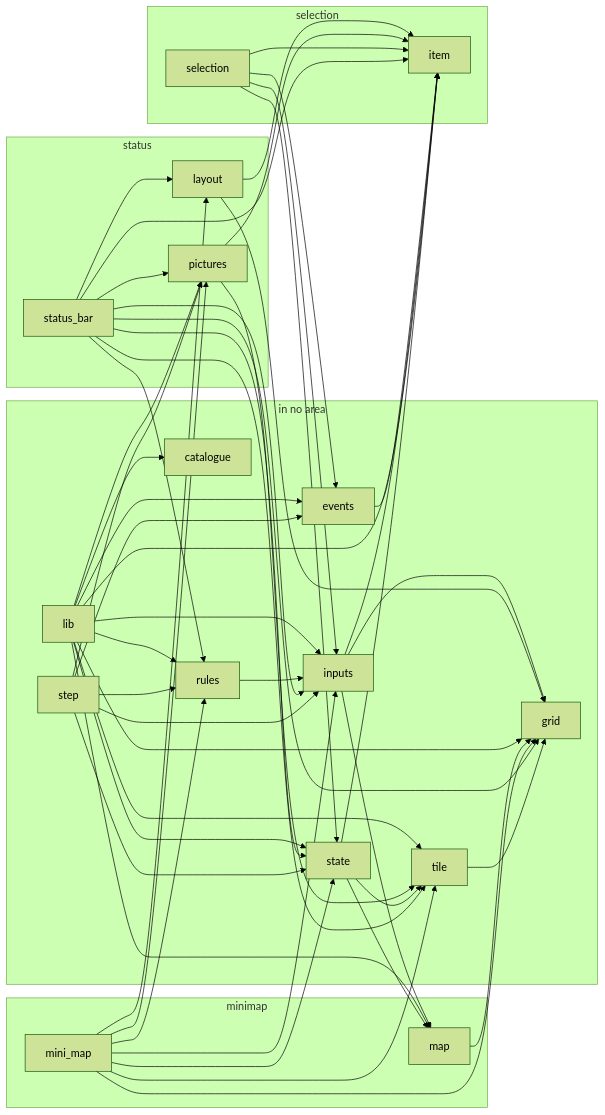
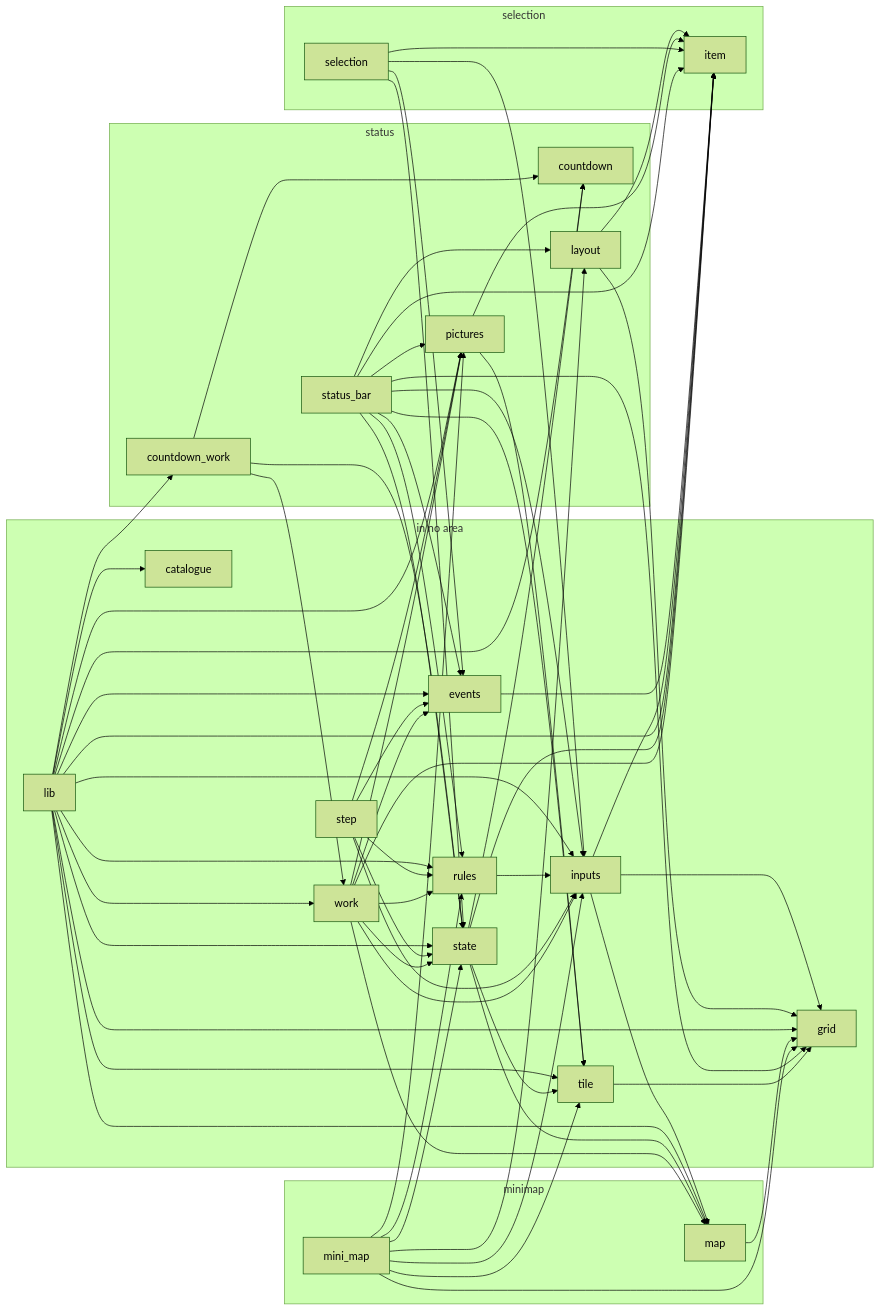
The ninth of 16 diagrams in docs/REPORT.md (JimLundin/sm-decomp), drawn with Mermaid (forest theme) before and after one commit. The commit also changed other lines of this file and 297 other files, not shown here.

````diff
--- a/docs/REPORT.md
+++ b/docs/REPORT.md
@@ -1384,6 +1522,7 @@
     m_state["state"]
     m_step["step"]
     m_tile["tile"]
+    m_work["work"]
   end
   subgraph a_minimap["minimap"]
     m_map["map"]
@@ -1394,10 +1533,15 @@
     m_selection["selection"]
   end
   subgraph a_status["status"]
+    m_countdown["countdown"]
+    m_countdown_work["countdown_work"]
     m_layout["layout"]
     m_pictures["pictures"]
     m_status_bar["status_bar"]
   end
+  m_countdown_work --> m_countdown
+  m_countdown_work --> m_state
+  m_countdown_work --> m_work
   m_events --> m_item
   m_inputs --> m_grid
   m_inputs --> m_item
@@ -1405,6 +1549,8 @@
   m_layout --> m_grid
   m_layout --> m_item
   m_lib --> m_catalogue
+  m_lib --> m_countdown
+  m_lib --> m_countdown_work
   m_lib --> m_events
   m_lib --> m_grid
   m_lib --> m_inputs
@@ -1414,6 +1560,7 @@
   m_lib --> m_rules
   m_lib --> m_state
   m_lib --> m_tile
+  m_lib --> m_work
   m_map --> m_grid
   m_mini_map --> m_grid
   m_mini_map --> m_inputs
@@ -1429,9 +1576,11 @@
   m_selection --> m_inputs
   m_selection --> m_item
   m_selection --> m_state
+  m_state --> m_countdown
   m_state --> m_item
   m_state --> m_map
   m_state --> m_tile
+  m_status_bar --> m_events
   m_status_bar --> m_grid
   m_status_bar --> m_inputs
   m_status_bar --> m_item
@@ -1446,4 +1595,11 @@
   m_step --> m_rules
   m_step --> m_state
   m_tile --> m_grid
+  m_work --> m_events
+  m_work --> m_inputs
+  m_work --> m_item
+  m_work --> m_map
+  m_work --> m_pictures
+  m_work --> m_rules
+  m_work --> m_state
 ```
````
